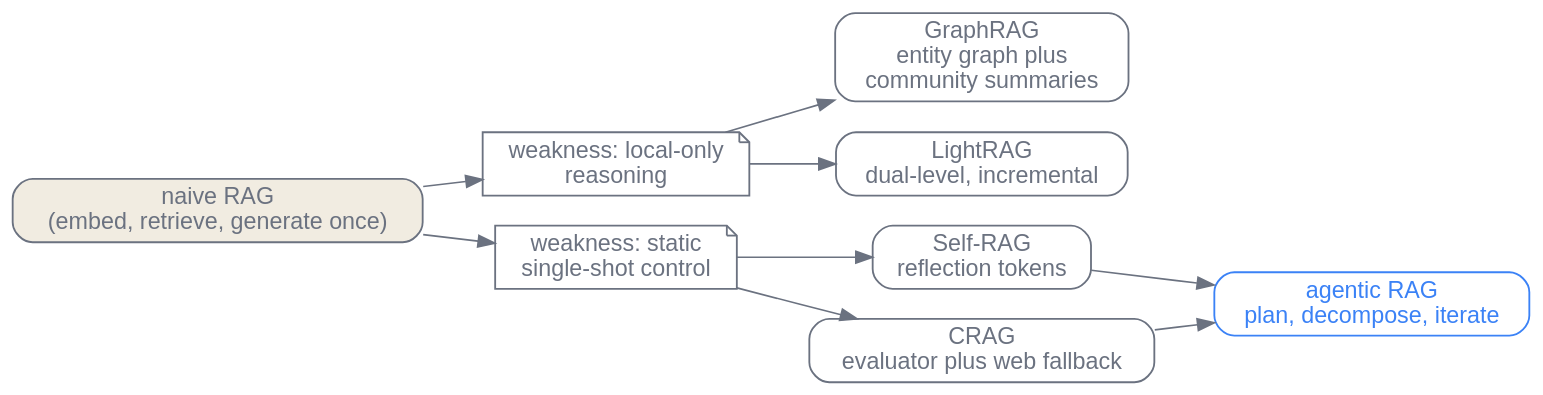
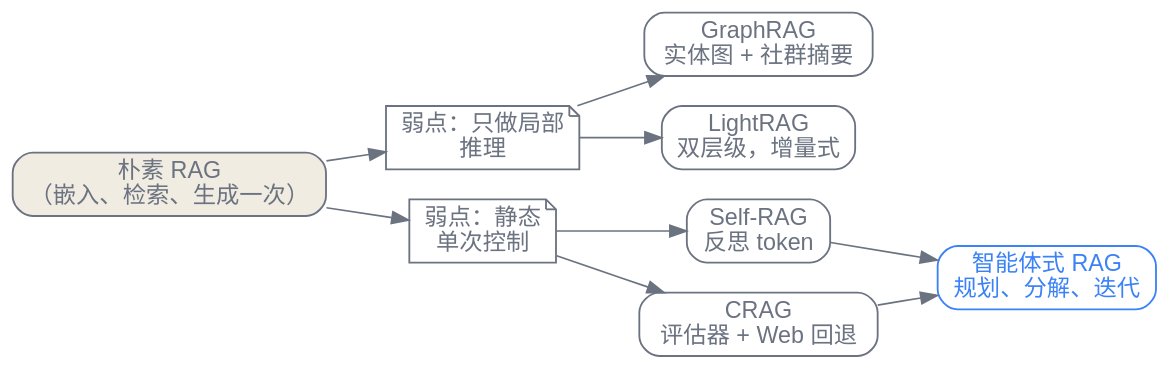
One commit to latere-ai/ai-as-an-infrastructure changed the third of 3 diagrams in zh/orchestration/06-rag-retrieval.qmd. Above: the diagram before and after it, drawn with Graphviz. The commit also changed other lines of this file and 273 other files, not shown here.

Commit message:
docs: localize Chinese diagrams

````diff
--- a/zh/orchestration/06-rag-retrieval.qmd
+++ b/zh/orchestration/06-rag-retrieval.qmd
@@ -131,30 +131,30 @@
 ```{dot}
 //| label: fig-rag-evolution
 //| fig-cap: "这个领域如何扩展朴素 RAG。三个结构性弱点各自催生一条研究脉络，而纠正性的控制器则推广成智能体回路。"
 digraph rag_evolution {
   rankdir=LR;
   bgcolor="transparent";
   node [shape=box, style=rounded, fontname="Helvetica", color="#6b7280", fontcolor="#6b7280", penwidth=1.1];
   edge [color="#6b7280", fontcolor="#6b7280"];
 
-  naive [label="naive RAG\n(embed, retrieve, generate once)", style="rounded,filled", fillcolor="#f1ece1"];
+  naive [label="朴素 RAG\n（嵌入、检索、生成一次）", style="rounded,filled", fillcolor="#f1ece1"];
 
-  w1 [label="weakness: local-only\nreasoning", shape=note];
-  w2 [label="weakness: static\nsingle-shot control", shape=note];
+  w1 [label="弱点：只做局部\n推理", shape=note];
+  w2 [label="弱点：静态\n单次控制", shape=note];
 
-  graphrag [label="GraphRAG\nentity graph plus\ncommunity summaries"];
-  lightrag [label="LightRAG\ndual-level, incremental"];
-  selfrag [label="Self-RAG\nreflection tokens"];
-  crag [label="CRAG\nevaluator plus web fallback"];
-  agentic [label="agentic RAG\nplan, decompose, iterate", color="#3b82f6", fontcolor="#3b82f6"];
+  graphrag [label="GraphRAG\n实体图 + 社群摘要"];
+  lightrag [label="LightRAG\n双层级，增量式"];
+  selfrag [label="Self-RAG\n反思 token"];
+  crag [label="CRAG\n评估器 + Web 回退"];
+  agentic [label="智能体式 RAG\n规划、分解、迭代", color="#3b82f6", fontcolor="#3b82f6"];
 
   naive -> w1;
   naive -> w2;
   w1 -> graphrag;
   w1 -> lightrag;
   w2 -> selfrag;
   w2 -> crag;
   selfrag -> agentic;
   crag -> agentic;
 }
 ```
````
